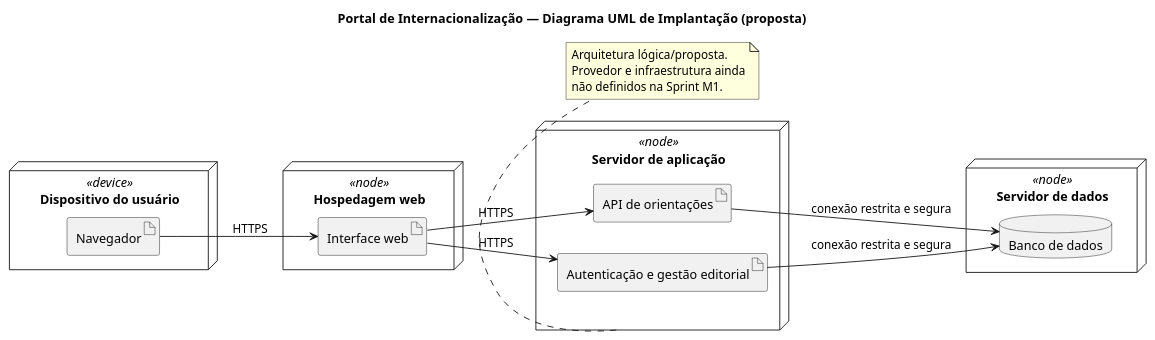
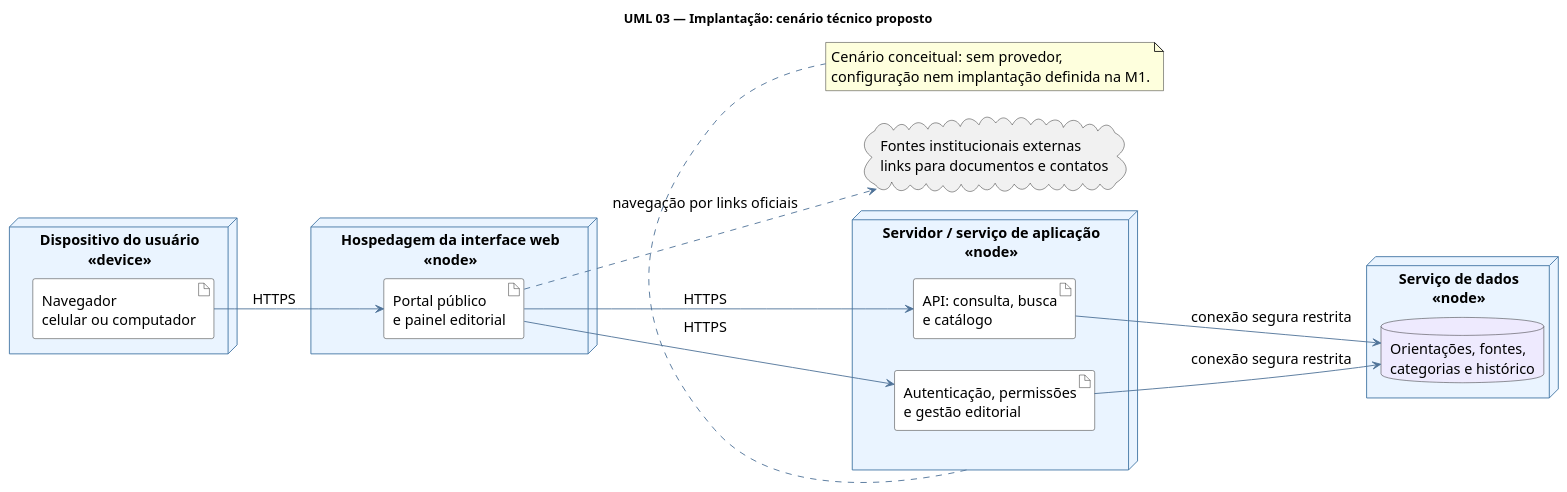
The diagram in diagrams/03-implantacao.puml (Ruan-levi/-requisitos-20262--grupo08), drawn with PlantUML before and after one commit. The commit also changed 8 other files, not shown here.

Commit message:
docs(uml): redesenhar 3 diagramas e preparar roteiro visual de apresentacao

```diff
--- a/diagrams/03-implantacao.puml
+++ b/diagrams/03-implantacao.puml
@@ -1,31 +1,39 @@
 @startuml
-title Portal de Internacionalização — Diagrama UML de Implantação (proposta)
+' Portal de Internacionalização · Grupo 08 · Proposta 4 · Sprint M1
+title UML 03 — Implantação: cenário técnico proposto
+left to right direction
+skinparam backgroundColor #FFFFFF
 skinparam shadowing false
-left to right direction
+skinparam defaultFontName Arial
+skinparam defaultFontSize 16
+skinparam ArrowColor #4E7298
+skinparam NodeBackgroundColor #EAF4FF
+skinparam NodeBorderColor #4275A4
+skinparam ArtifactBackgroundColor #FFFFFF
+skinparam DatabaseBackgroundColor #EEEAFE
 
-node "Dispositivo do usuário" <<device>> as Dispositivo {
-  artifact "Navegador" as Browser
+node "Dispositivo do usuário\n<<device>>" as DEVICE {
+ artifact "Navegador\ncelular ou computador" as BROWSER
 }
-node "Hospedagem web" <<node>> as Host {
-  artifact "Interface web" as Front
+node "Hospedagem da interface web\n<<node>>" as FRONTEND {
+ artifact "Portal público\ne painel editorial" as UI
 }
-node "Servidor de aplicação" <<node>> as Server {
-  artifact "API de orientações" as API
-  artifact "Autenticação e gestão editorial" as Auth
+node "Servidor / serviço de aplicação\n<<node>>" as BACKEND {
+ artifact "API: consulta, busca\ne catálogo" as API
+ artifact "Autenticação, permissões\ne gestão editorial" as AUTH
 }
-node "Servidor de dados" <<node>> as Data {
-  database "Banco de dados" as DB
+node "Serviço de dados\n<<node>>" as DATA {
+ database "Orientações, fontes,\ncategorias e histórico" as DB
 }
-
-Browser --> Front : HTTPS
-Front --> API : HTTPS
-Front --> Auth : HTTPS
-API --> DB : conexão restrita e segura
-Auth --> DB : conexão restrita e segura
-
-note bottom of Server
-  Arquitetura lógica/proposta.
-  Provedor e infraestrutura ainda
-  não definidos na Sprint M1.
+cloud "Fontes institucionais externas\nlinks para documentos e contatos" as EXTERNAL
+BROWSER --> UI : HTTPS
+UI --> API : HTTPS
+UI --> AUTH : HTTPS
+API --> DB : conexão segura restrita
+AUTH --> DB : conexão segura restrita
+UI ..> EXTERNAL : navegação por links oficiais
+note bottom of BACKEND
+ Cenário conceitual: sem provedor,
+ configuração nem implantação definida na M1.
 end note
 @enduml
```
